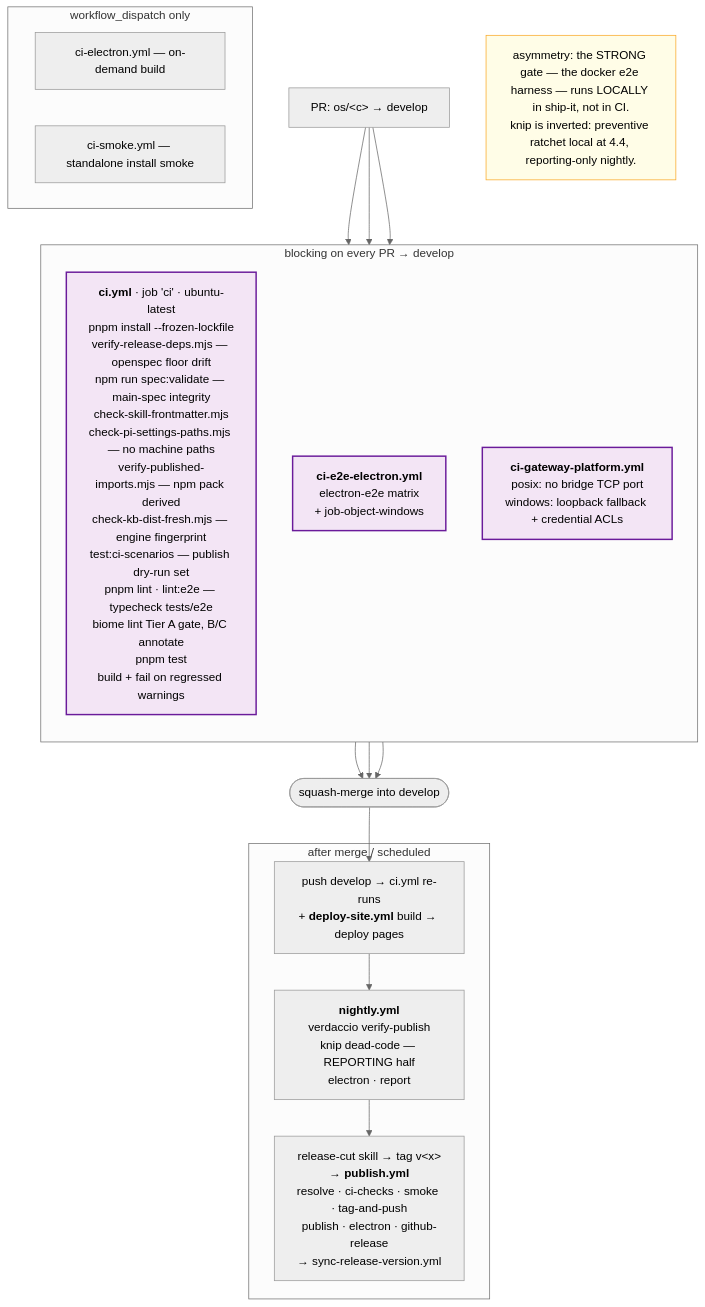
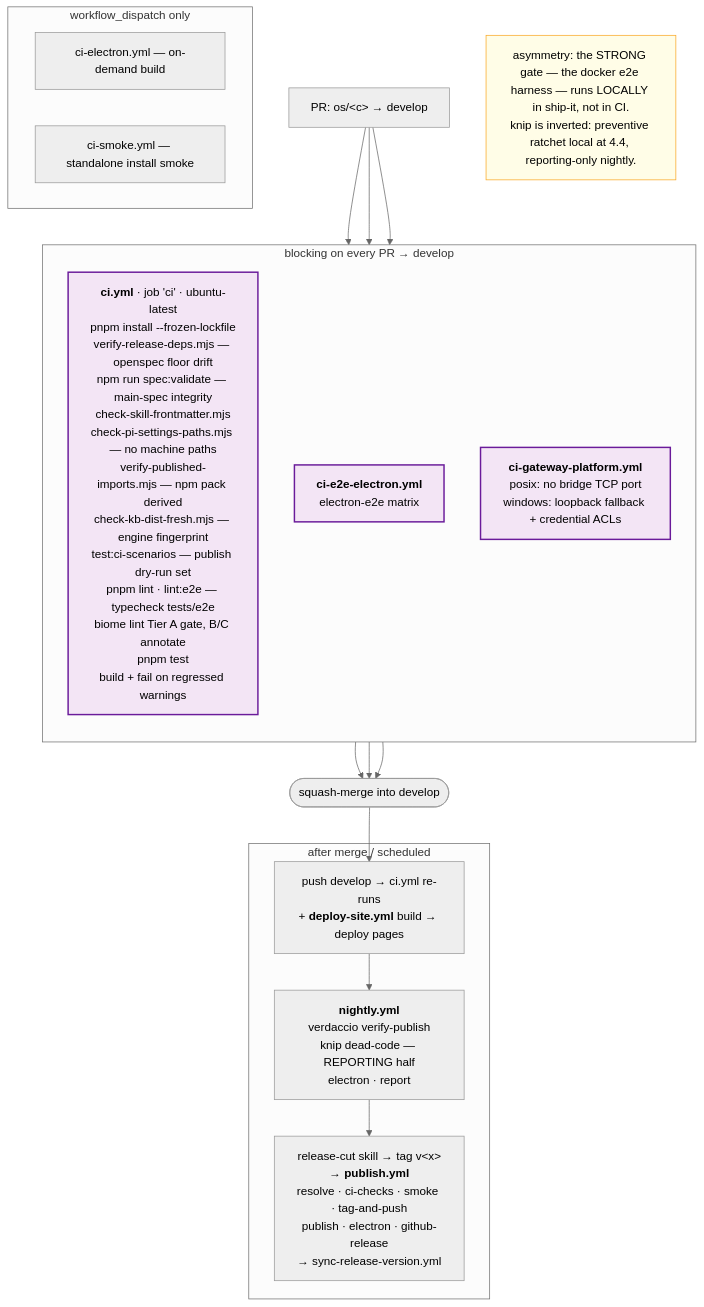
The fifth of 6 diagrams in CONTRIBUTING.md (BlackBeltTechnology/pi-agent-dashboard), drawn with Mermaid (neutral theme) before and after one commit. The commit also changed 8 other files, not shown here.

Commit message:
feat(remove-job-object-windows-smoke): remove never-green job-object-windows CI job + smoke script

````diff
--- a/CONTRIBUTING.md
+++ b/CONTRIBUTING.md
@@ -372,35 +372,35 @@
 ```mermaid
 flowchart TD
   PR["PR: os/&lt;c&gt; → develop"]
 
   subgraph BLOCKING["blocking on every PR → develop"]
     direction TB
     A["<b>ci.yml</b> · job 'ci' · ubuntu-latest<br/>pnpm install --frozen-lockfile<br/>verify-release-deps.mjs — openspec floor drift<br/>npm run spec:validate — main-spec integrity<br/>check-skill-frontmatter.mjs<br/>check-pi-settings-paths.mjs — no machine paths<br/>verify-published-imports.mjs — npm pack derived<br/>check-kb-dist-fresh.mjs — engine fingerprint<br/>test:ci-scenarios — publish dry-run set<br/>pnpm lint · lint:e2e — typecheck tests/e2e<br/>biome lint Tier A gate, B/C annotate<br/>pnpm test<br/>build + fail on regressed warnings"]
-    B["<b>ci-e2e-electron.yml</b><br/>electron-e2e matrix<br/>+ job-object-windows"]
+    B["<b>ci-e2e-electron.yml</b><br/>electron-e2e matrix"]
     C["<b>ci-gateway-platform.yml</b><br/>posix: no bridge TCP port<br/>windows: loopback fallback + credential ACLs"]
   end
 
   subgraph ONDEMAND["workflow_dispatch only"]
     D["ci-electron.yml — on-demand build"]
     E["ci-smoke.yml — standalone install smoke"]
   end
 
   subgraph AFTER["after merge / scheduled"]
     F["push develop → ci.yml re-runs<br/>+ <b>deploy-site.yml</b> build → deploy pages"]
     G["<b>nightly.yml</b><br/>verdaccio verify-publish<br/>knip dead-code — REPORTING half<br/>electron · report"]
     H["release-cut skill → tag v&lt;x&gt;<br/>→ <b>publish.yml</b><br/>resolve · ci-checks · smoke · tag-and-push<br/>publish · electron · github-release<br/>→ sync-release-version.yml"]
   end
 
   PR --> A & B & C
   A --> MERGE(["squash-merge into develop"])
   B --> MERGE
   C --> MERGE
   MERGE --> F --> G --> H
 
   NOTE["asymmetry: the STRONG gate — the docker e2e harness — runs LOCALLY in ship-it, not in CI.<br/>knip is inverted: preventive ratchet local at 4.4, reporting-only nightly."]
 
   classDef block fill:#f3e5f5,stroke:#6a1b9a,stroke-width:2px
   classDef note fill:#fffde7,stroke:#f9a825,stroke-width:1px
   class A,B,C block
   class NOTE note
 ```
````
